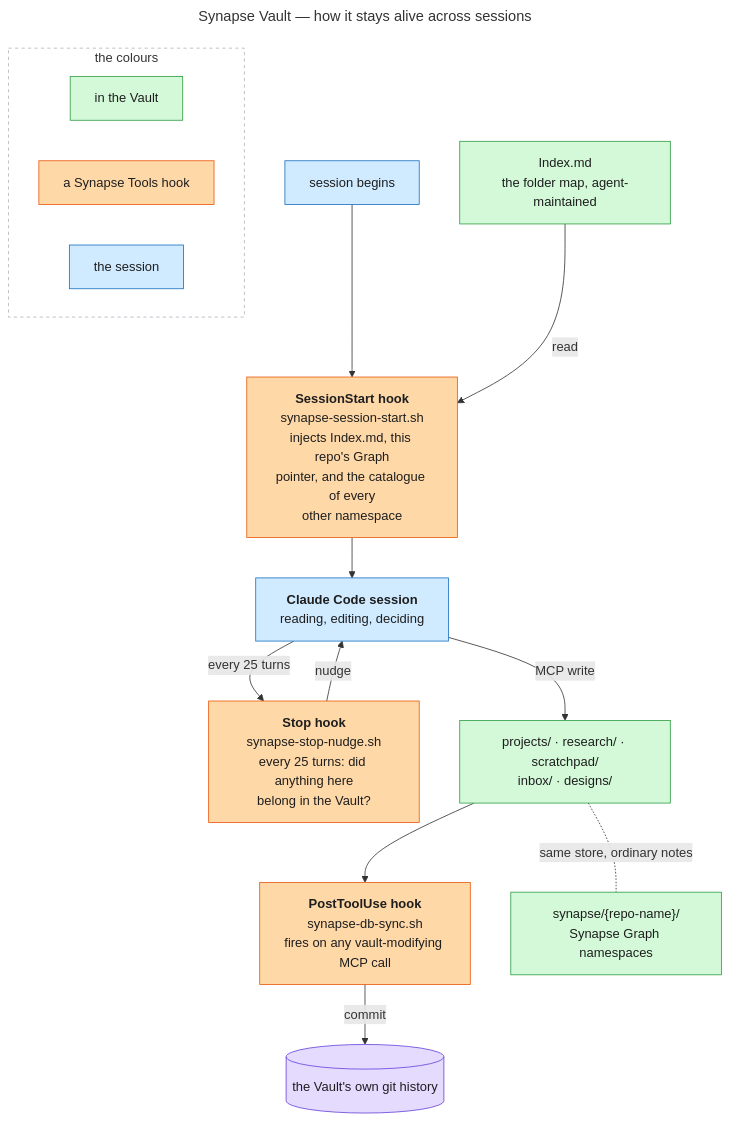
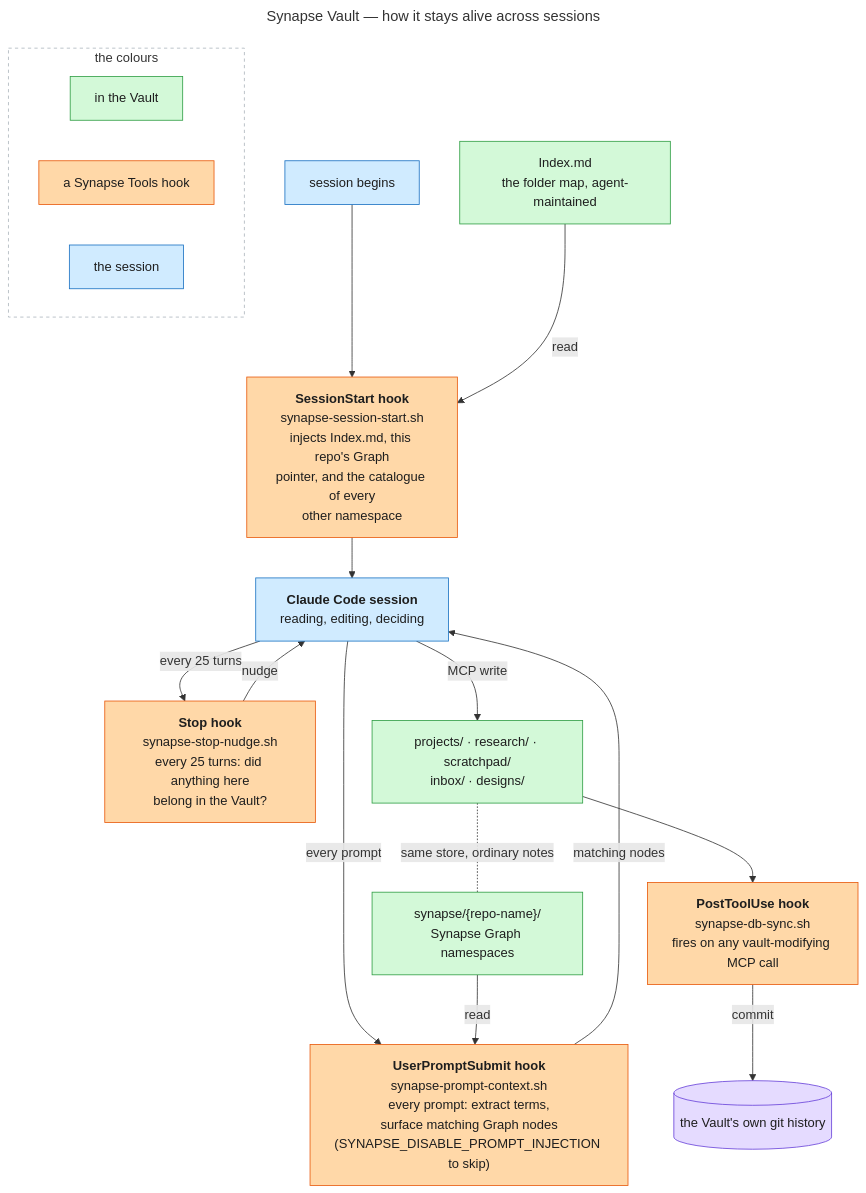
The diagram in docs/diagrams/synapse-vault-overview.mmd (imunitic/second-brain-setup), drawn with Mermaid before and after one commit. The commit also changed 11 other files, not shown here.

First line of the commit message:
Add per-prompt Synapse context injection (sb-004)

```diff
--- a/docs/diagrams/synapse-vault-overview.mmd
+++ b/docs/diagrams/synapse-vault-overview.mmd
@@ -1,51 +1,55 @@
 ---
 title: Synapse Vault — how it stays alive across sessions
 ---
 %% Kept deliberately flat: NO subgraph for the Vault. Mermaid drew its cluster box
 %% around the hooks and the session too, which reads as "these live inside the
 %% Vault" -- false. Colour carries membership instead, and edge labels are held
 %% to two or three words. Long labels on crossing edges land on top of boxes, and
 %% detail reads better inside a node than beside an arrow.
 flowchart TB
     classDef hook fill:#ffd8a8,stroke:#e8590c,color:#1e1e1e
     classDef vault fill:#d3f9d8,stroke:#2f9e44,color:#1e1e1e
     classDef session fill:#d0ebff,stroke:#1971c2,color:#1e1e1e
     classDef store fill:#e5dbff,stroke:#6741d9,color:#1e1e1e
 
     BEGIN["session begins"]
     H1["<b>SessionStart hook</b><br/>synapse-session-start.sh<br/>injects Index.md, this repo's Graph<br/>pointer, and the catalogue of every<br/>other namespace"]
     WORK["<b>Claude Code session</b><br/>reading, editing, deciding"]
     H2["<b>Stop hook</b><br/>synapse-stop-nudge.sh<br/>every 25 turns: did anything here<br/>belong in the Vault?"]
     H3["<b>PostToolUse hook</b><br/>synapse-db-sync.sh<br/>fires on any vault-modifying MCP call"]
+    H4["<b>UserPromptSubmit hook</b><br/>synapse-prompt-context.sh<br/>every prompt: extract terms,<br/>surface matching Graph nodes<br/>(SYNAPSE_DISABLE_PROMPT_INJECTION to skip)"]
 
     IDX["Index.md<br/>the folder map, agent-maintained"]
     FOLDERS["projects/ · research/ · scratchpad/<br/>inbox/ · designs/"]
     SYN["synapse/{repo-name}/<br/>Synapse Graph namespaces"]
     GIT[("the Vault's own git history")]
 
     BEGIN --> H1
     IDX -->|"read"| H1
     H1 --> WORK
     WORK -->|"every 25 turns"| H2
     H2 -->|"nudge"| WORK
+    WORK -->|"every prompt"| H4
+    SYN -->|"read"| H4
+    H4 -->|"matching nodes"| WORK
     WORK -->|"MCP write"| FOLDERS
     FOLDERS --> H3
     H3 -->|"commit"| GIT
 
-    class H1,H2,H3 hook
+    class H1,H2,H3,H4 hook
     class IDX,FOLDERS,SYN vault
     class BEGIN,WORK session
     class GIT store
 
     FOLDERS -.-|"same store, ordinary notes"| SYN
 
     subgraph KEY["the colours"]
         direction LR
         K1["in the Vault"]
         K2["a Synapse Tools hook"]
         K3["the session"]
     end
     class K1 vault
     class K2 hook
     class K3 session
     style KEY fill:#ffffff,stroke:#adb5bd,stroke-dasharray:4 4
```
